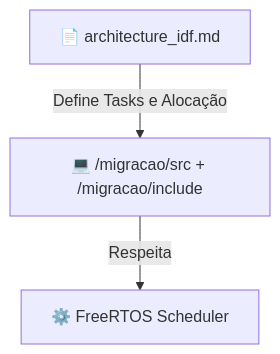
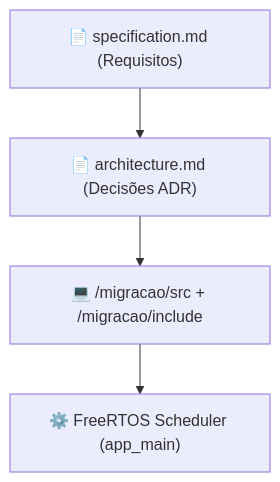
The diagram in migracao/doc/README.md (profRonaldoIFPI/IrrigaSolo_ESP01s), drawn with Mermaid before and after one commit. The commit also changed other lines of this file and 3 other files, not shown here.

Commit message:
docs: adiciona especificacao (specification.md) e arquitetura (architecture.md) adaptadas em /migracao/doc para ESP8266 RTOS SDK

````diff
--- a/migracao/doc/README.md
+++ b/migracao/doc/README.md
@@ -15,5 +16,6 @@
 ```mermaid
 flowchart TD
-    DOC["📄 architecture_idf.md"] -->|Define Tasks e Alocação| CODE["💻 /migracao/src + /migracao/include"]
-    CODE -->|Respeita| RTOS["⚙️ FreeRTOS Scheduler"]
+    SPEC["📄 specification.md (Requisitos)"] --> ARCH["📄 architecture.md (Decisões ADR)"]
+    ARCH --> CODE["💻 /migracao/src + /migracao/include"]
+    CODE --> RTOS["⚙️ FreeRTOS Scheduler (app_main)"]
 ```
````
